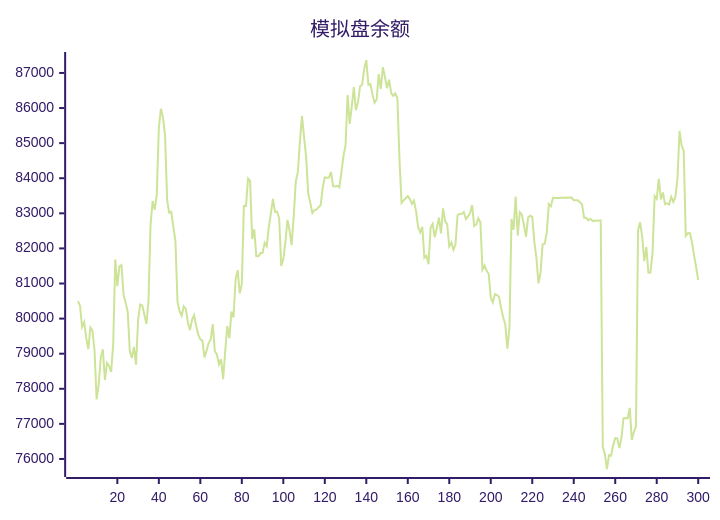
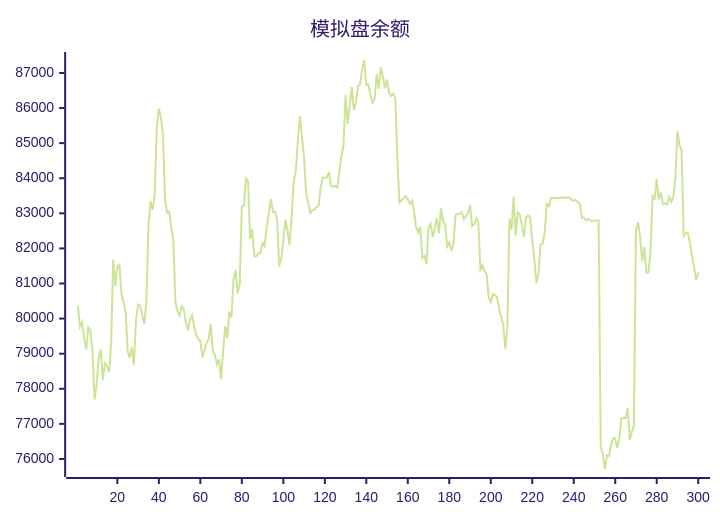
One commit to aahl/ai-trading changed the diagram in README.md. Above: the diagram before and after it, drawn with Mermaid (forest theme). The commit also changed other lines of this file and 1 other file, not shown here.

````diff
--- a/README.md
+++ b/README.md
@@ -5,5 +5,5 @@
 ```mermaid
 xychart
     title "模拟盘余额"
-    line [80497,80366,79761,79896,79448,79126,79749,79658,79097,77695,78114,78888,79126,78249,78738,78653,78478,79271,81680,80923,81488,81527,80681,80455,80190,79084,78879,79193,78686,79954,80403,80374,80118,79848,80491,82665,83351,83098,83525,85430,85983,85737,85221,83378,83014,83043,82613,82216,80477,80208,80081,80348,80277,79894,79670,79965,80093,79786,79542,79406,79371,78893,79087,79304,79406,79841,79072,78978,78696,78846,78272,79085,79787,79442,80198,80031,81120,81379,80718,80985,83214,83212,83993,83921,82270,82547,81776,81776,81866,81866,82158,82061,82596,83000,83408,83041,83050,82858,81503,81691,82188,82812,82517,82092,82901,83898,84180,85030,85781,85178,84604,83569,83298,83008,83093,83107,83175,83228,83729,84025,84017,84019,84177,83775,83762,83785,83738,84160,84639,84939,86370,85548,86046,86599,85942,86161,86622,86664,87115,87369,86666,86685,86384,86152,86243,86969,86548,87164,86885,86566,86809,86427,86348,86417,86273,84538,83299,83369,83430,83490,83404,83270,83362,83056,82605,82459,82614,81734,81788,81551,82598,82702,82320,82580,82878,82426,83139,82778,82686,82056,82166,81963,82110,82951,82983,82984,83038,82838,82915,82998,83235,82642,82682,82858,82746,81396,81512,81362,81277,80600,80461,80699,80673,80616,80288,80038,79836,79142,79722,82837,82533,83480,82366,83032,82960,82654,82330,82883,82934,82901,82188,81728,81005,81298,82110,82135,82449,83264,83203,83440,83439,83440,83440,83446,83447,83448,83447,83448,83449,83369,83369,83369,83313,83256,82872,82873,82801,82844,82785,82791,82791,82793,82794,76339,76145,75714,76110,76096,76397,76594,76585,76310,76607,77160,77170,77160,77456,76541,76774,76927,82520,82744,82337,81639,82040,81307,81314,81887,83490,83414,83984,83396,83594,83261,83287,83253,83470,83327,83465,83987,85348,84930,84786,82355,82433,82438,82167,81795,81466,81105]
+    line [80366,79761,79896,79448,79126,79749,79658,79097,77695,78114,78888,79126,78249,78738,78653,78478,79271,81680,80923,81488,81527,80681,80455,80190,79084,78879,79193,78686,79954,80403,80374,80118,79848,80491,82665,83351,83098,83525,85430,85983,85737,85221,83378,83014,83043,82613,82216,80477,80208,80081,80348,80277,79894,79670,79965,80093,79786,79542,79406,79371,78893,79087,79304,79406,79841,79072,78978,78696,78846,78272,79085,79787,79442,80198,80031,81120,81379,80718,80985,83214,83212,83993,83921,82270,82547,81776,81776,81866,81866,82158,82061,82596,83000,83408,83041,83050,82858,81503,81691,82188,82812,82517,82092,82901,83898,84180,85030,85781,85178,84604,83569,83298,83008,83093,83107,83175,83228,83729,84025,84017,84019,84177,83775,83762,83785,83738,84160,84639,84939,86370,85548,86046,86599,85942,86161,86622,86664,87115,87369,86666,86685,86384,86152,86243,86969,86548,87164,86885,86566,86809,86427,86348,86417,86273,84538,83299,83369,83430,83490,83404,83270,83362,83056,82605,82459,82614,81734,81788,81551,82598,82702,82320,82580,82878,82426,83139,82778,82686,82056,82166,81963,82110,82951,82983,82984,83038,82838,82915,82998,83235,82642,82682,82858,82746,81396,81512,81362,81277,80600,80461,80699,80673,80616,80288,80038,79836,79142,79722,82837,82533,83480,82366,83032,82960,82654,82330,82883,82934,82901,82188,81728,81005,81298,82110,82135,82449,83264,83203,83440,83439,83440,83440,83446,83447,83448,83447,83448,83449,83369,83369,83369,83313,83256,82872,82873,82801,82844,82785,82791,82791,82793,82794,76339,76145,75714,76110,76096,76397,76594,76585,76310,76607,77160,77170,77160,77456,76541,76774,76927,82520,82744,82337,81639,82040,81307,81314,81887,83490,83414,83984,83396,83594,83261,83287,83253,83470,83327,83465,83987,85348,84930,84786,82355,82433,82438,82167,81795,81466,81105,81315]
 ```
````
